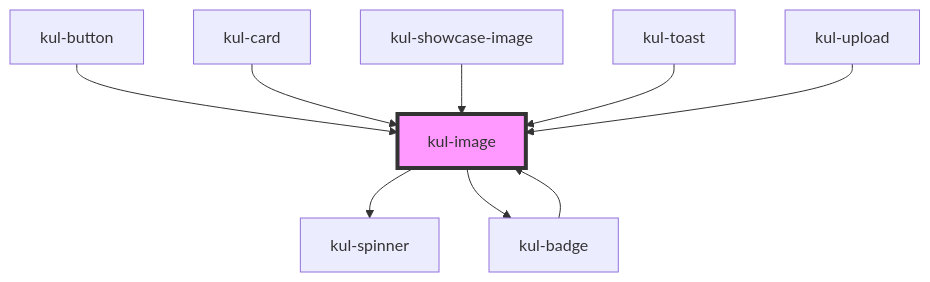
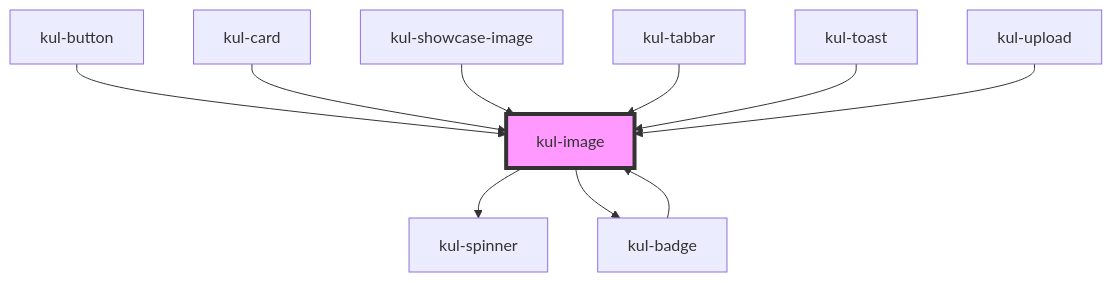
The diagram in packages/ketchup-lite/src/components/kul-image/readme.md (smeup/ketchup), drawn with Mermaid before and after one commit. The commit also changed other lines of this file and 7 other files, not shown here.

````diff
--- a/packages/ketchup-lite/src/components/kul-image/readme.md
+++ b/packages/ketchup-lite/src/components/kul-image/readme.md
@@ -84,12 +85,13 @@
 ```mermaid
 graph TD;
   kul-image --> kul-spinner
   kul-image --> kul-badge
   kul-badge --> kul-image
   kul-button --> kul-image
   kul-card --> kul-image
   kul-showcase-image --> kul-image
+  kul-tabbar --> kul-image
   kul-toast --> kul-image
   kul-upload --> kul-image
   style kul-image fill:#f9f,stroke:#333,stroke-width:4px
 ```
````
